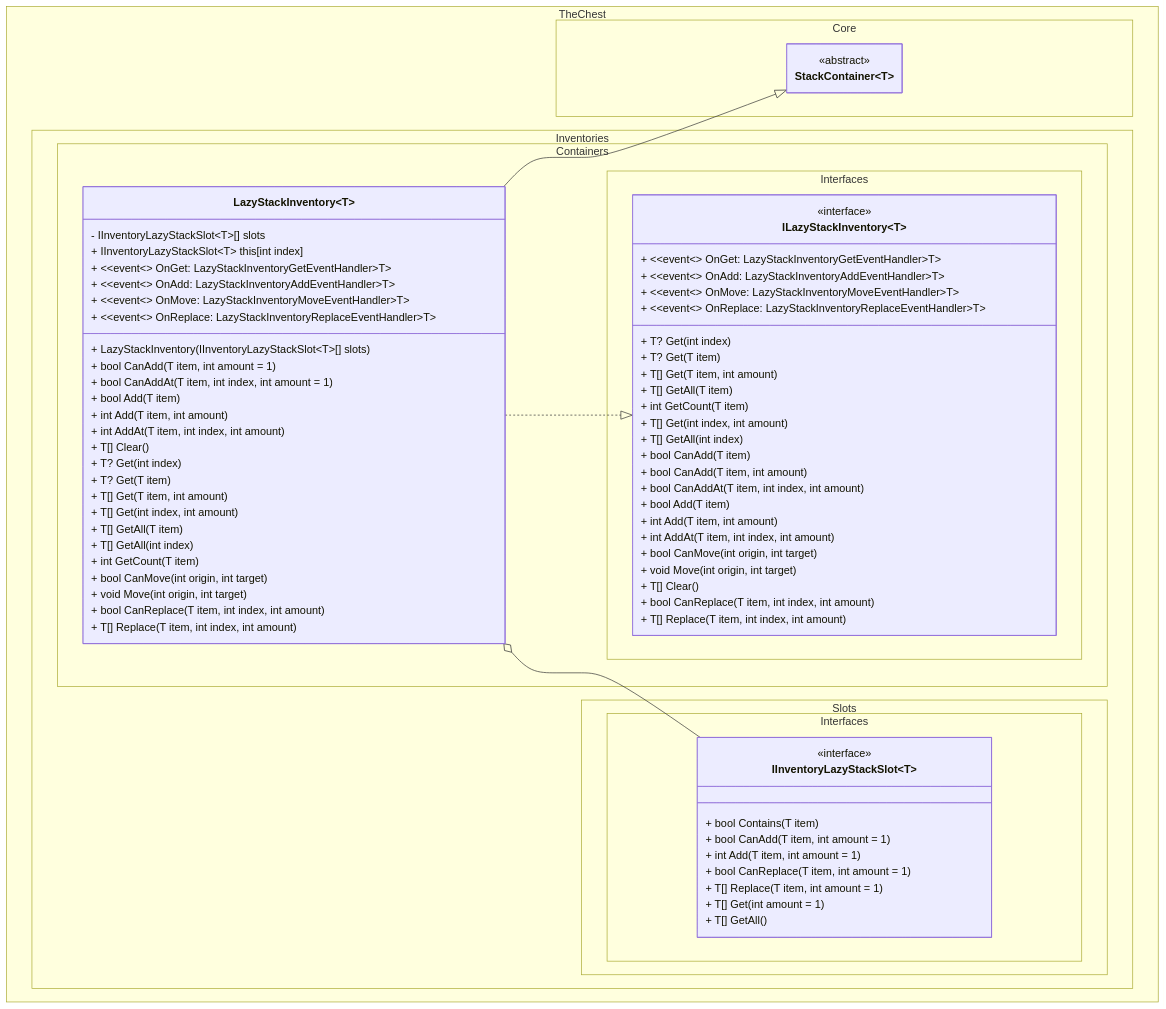
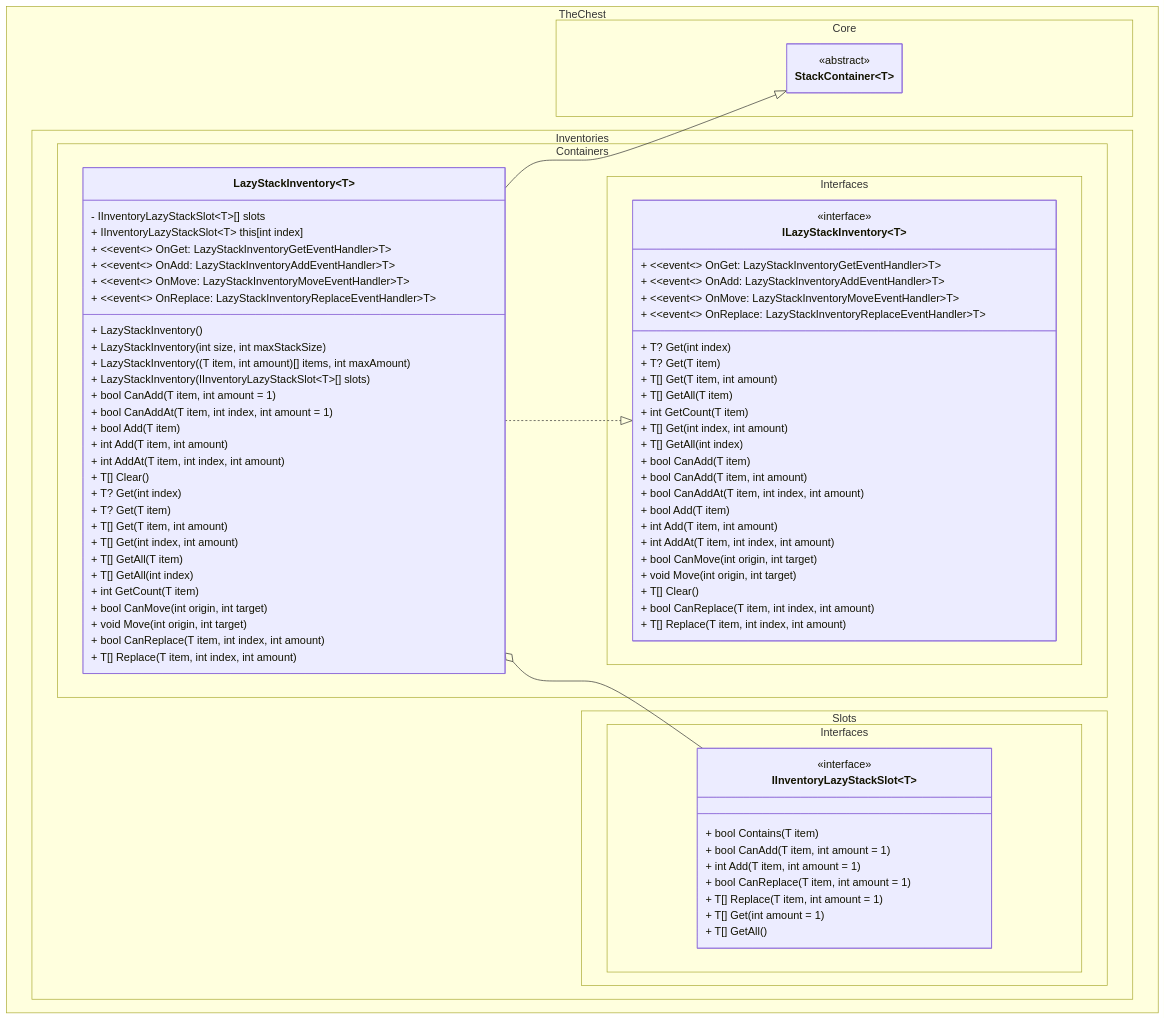
One commit to The-Chest/TheChest.Inventories changed the first of 2 diagrams in docs/lazy_stack_inventory/class_diagram.md. Above: the diagram before and after it, drawn with Mermaid. The commit also changed 9 other files, not shown here.

```diff
--- a/docs/lazy_stack_inventory/class_diagram.md
+++ b/docs/lazy_stack_inventory/class_diagram.md
@@ -23,6 +23,9 @@
         - IInventoryLazyStackSlot~T~[] slots
         + IInventoryLazyStackSlot~T~ this[int index]
 
+        + LazyStackInventory()
+        + LazyStackInventory(int size, int maxStackSize)
+        + LazyStackInventory((T item, int amount)[] items, int maxAmount)
         + LazyStackInventory(IInventoryLazyStackSlot~T~[] slots)
 
 	    + ~~event~~ OnGet: LazyStackInventoryGetEventHandler~T~ 
```
